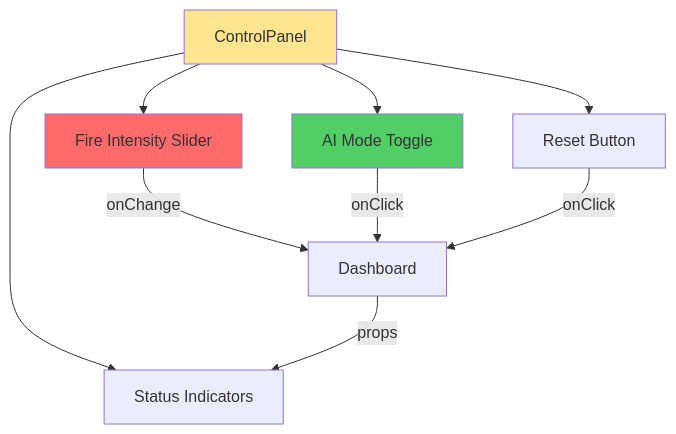
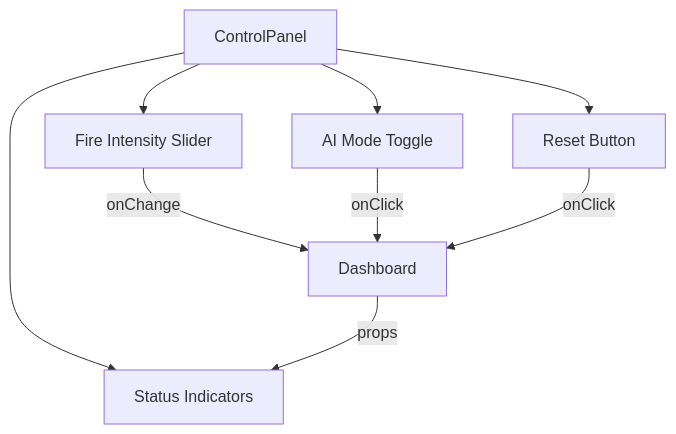
The fourth of 7 diagrams in docs/frontend.md (Divesh-Kshirsagar/BIMCS), drawn with Mermaid before and after one commit. The commit also changed other lines of this file and 7 other files, not shown here.

Commit message:
refactor: remove unnecessary style definitions from documentation diagrams

````diff
--- a/docs/frontend.md
+++ b/docs/frontend.md
@@ -199,17 +192,15 @@
 ```mermaid
 graph TB
     Panel[ControlPanel] --> Slider[Fire Intensity Slider]
     Panel --> Toggle[AI Mode Toggle]
     Panel --> Button[Reset Button]
     Panel --> Display[Status Indicators]
     
     Slider -->|onChange| Dashboard
     Toggle -->|onClick| Dashboard
     Button -->|onClick| Dashboard
     
     Dashboard -->|props| Display
     
-    style Panel fill:#ffe58f
-    style Slider fill:#ff6b6b
-    style Toggle fill:#51cf66
+
 ```
````
